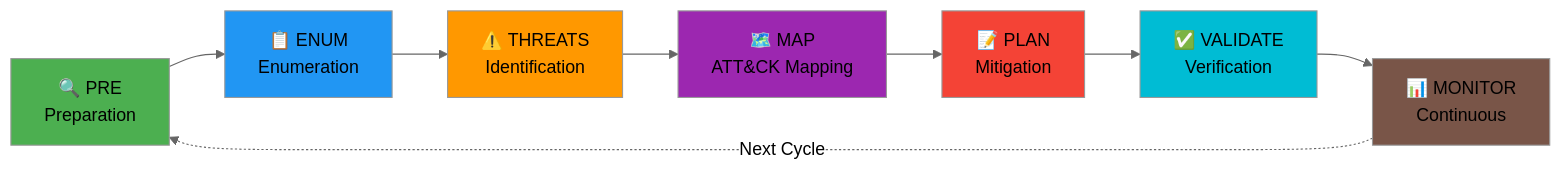
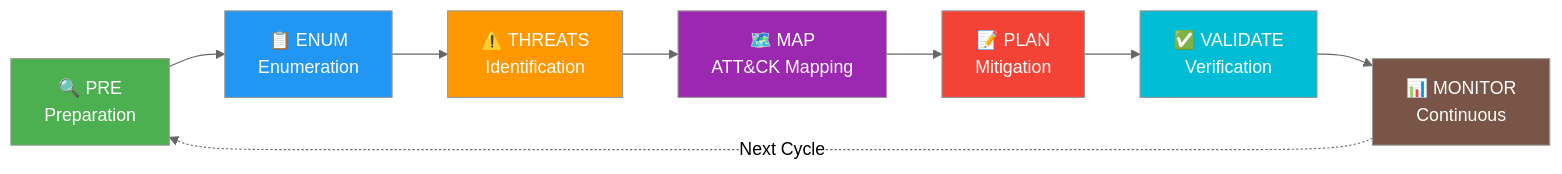
Diagram 11 of 21 in THREAT_MODEL.md (Hack23/European-Parliament-MCP-Server), drawn with Mermaid (neutral theme) before and after one commit. The commit also changed other lines of this file and 28 other files, not shown here.

First line of the commit message:
fix: correct 5 broken mermaid diagrams and add explicit text colors for dark/light mode

````diff
--- a/THREAT_MODEL.md
+++ b/THREAT_MODEL.md
@@ -998,18 +1030,25 @@
 ```mermaid
 graph LR
     PRE[🔍 PRE<br/>Preparation] --> ENUM[📋 ENUM<br/>Enumeration]
     ENUM --> THREATS[⚠️ THREATS<br/>Identification]
     THREATS --> MAP[🗺️ MAP<br/>ATT&CK Mapping]
     MAP --> PLAN[📝 PLAN<br/>Mitigation]
     PLAN --> VALIDATE[✅ VALIDATE<br/>Verification]
     VALIDATE --> MONITOR[📊 MONITOR<br/>Continuous]
     MONITOR -.->|Next Cycle| PRE
 
-    style PRE fill:#4CAF50
-    style ENUM fill:#2196F3
-    style THREATS fill:#FF9800
-    style MAP fill:#9C27B0
-    style PLAN fill:#F44336
-    style VALIDATE fill:#00BCD4
-    style MONITOR fill:#795548
+    style PRE fill:#4CAF50,color:#ffffff
+
+    style ENUM fill:#2196F3,color:#ffffff
+
+    style THREATS fill:#FF9800,color:#ffffff
+
+    style MAP fill:#9C27B0,color:#ffffff
+
+    style PLAN fill:#F44336,color:#ffffff
+
+    style VALIDATE fill:#00BCD4,color:#ffffff
+
+    style MONITOR fill:#795548,color:#ffffff
+
 ```
````
